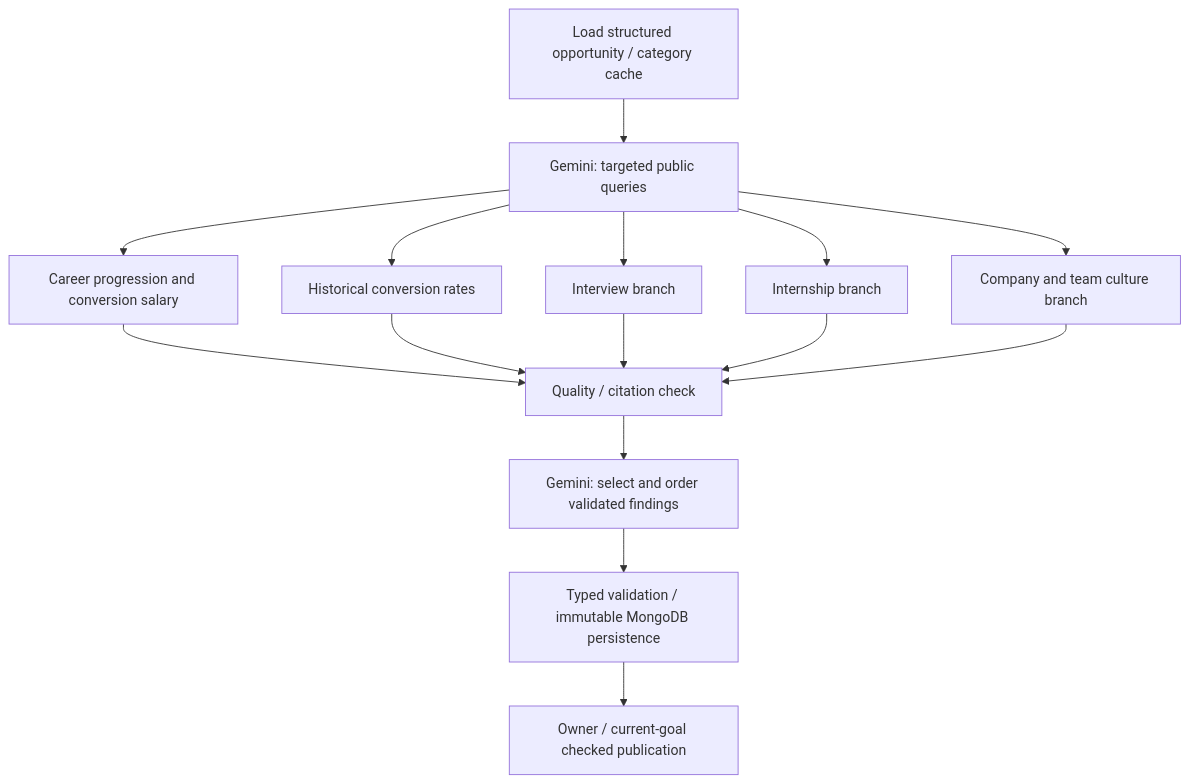
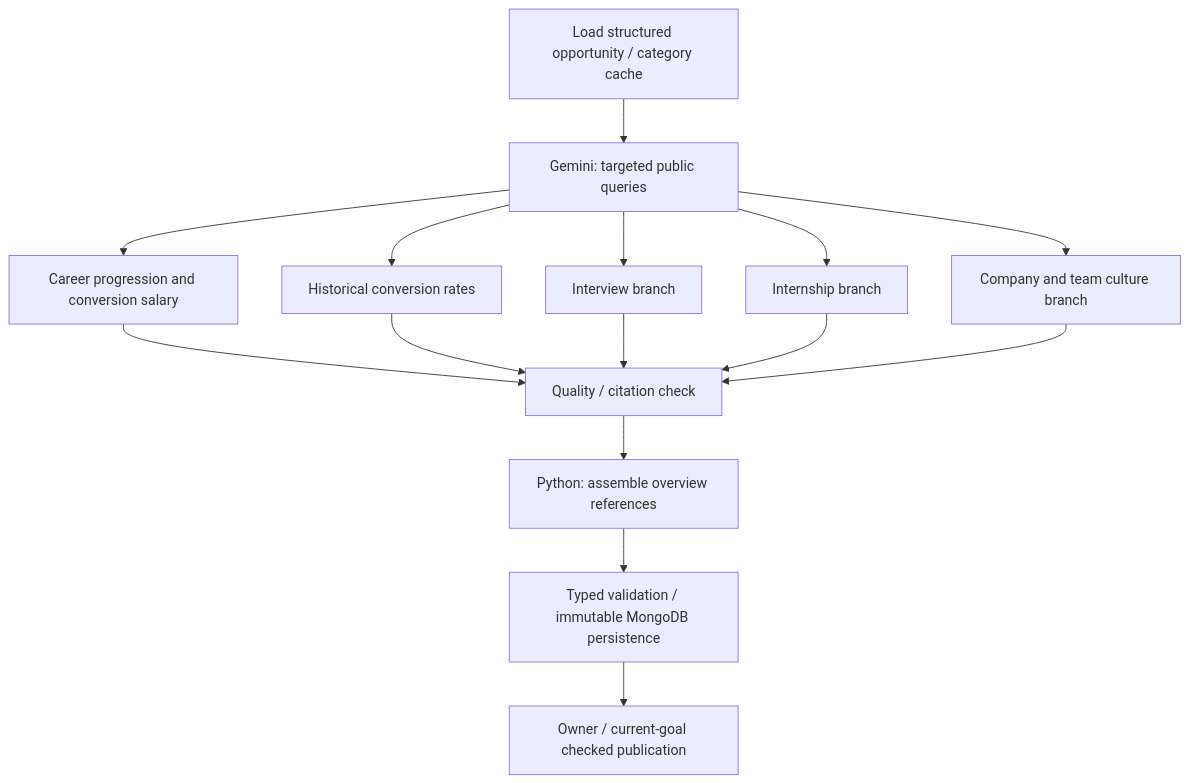
One commit to bryan034/coachify changed the diagram in services/career-service/OPPORTUNITY_INTELLIGENCE.md. Above: the diagram before and after it, drawn with Mermaid. The commit also changed other lines of this file and 44 other files, not shown here.

````diff
--- a/services/career-service/OPPORTUNITY_INTELLIGENCE.md
+++ b/services/career-service/OPPORTUNITY_INTELLIGENCE.md
@@ -13,17 +13,17 @@
 ```mermaid
 flowchart TD
   A[Load structured opportunity / category cache] --> B[Gemini: targeted public queries]
   B --> C[Interview branch]
   B --> D[Internship branch]
   B --> E[Company and team culture branch]
   B --> P[Career progression and conversion salary]
   B --> R[Historical conversion rates]
   P --> F
   R --> F
   C --> F[Quality / citation check]
   D --> F
   E --> F
-  F --> G[Gemini: select and order validated findings]
+  F --> G[Python: assemble overview references]
   G --> H[Typed validation / immutable MongoDB persistence]
   H --> I[Owner / current-goal checked publication]
 ```
````
